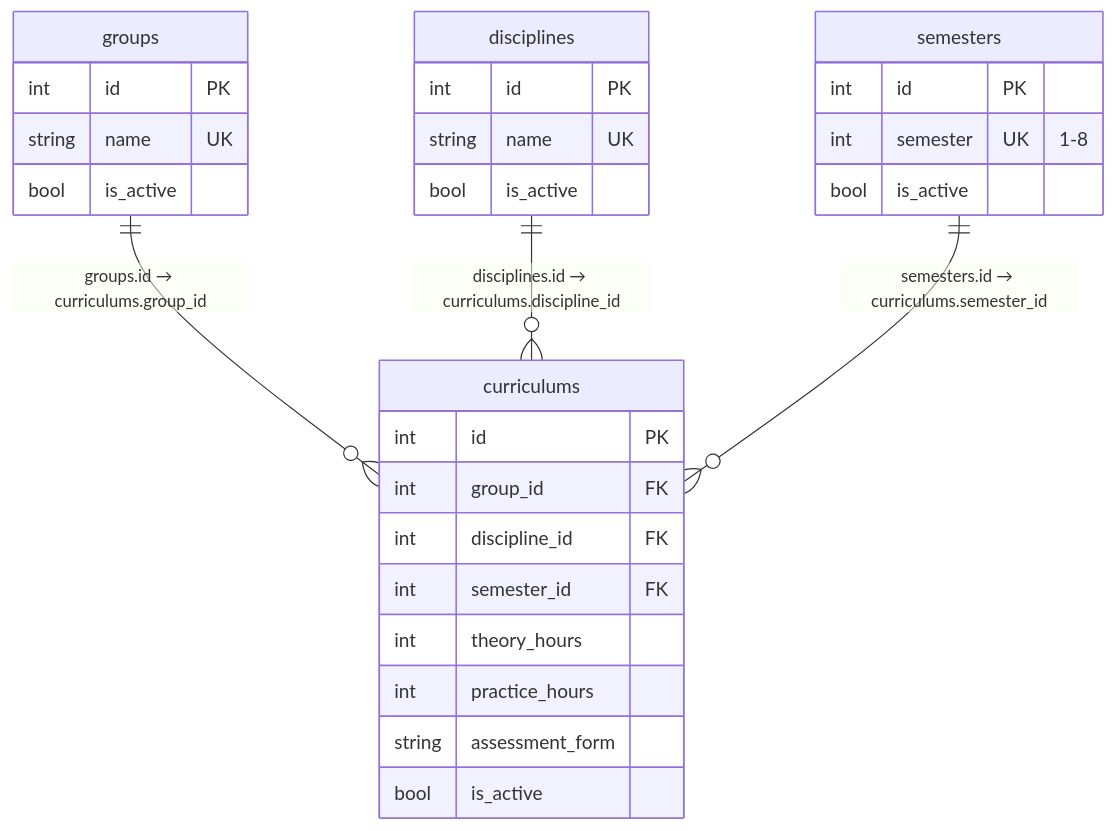
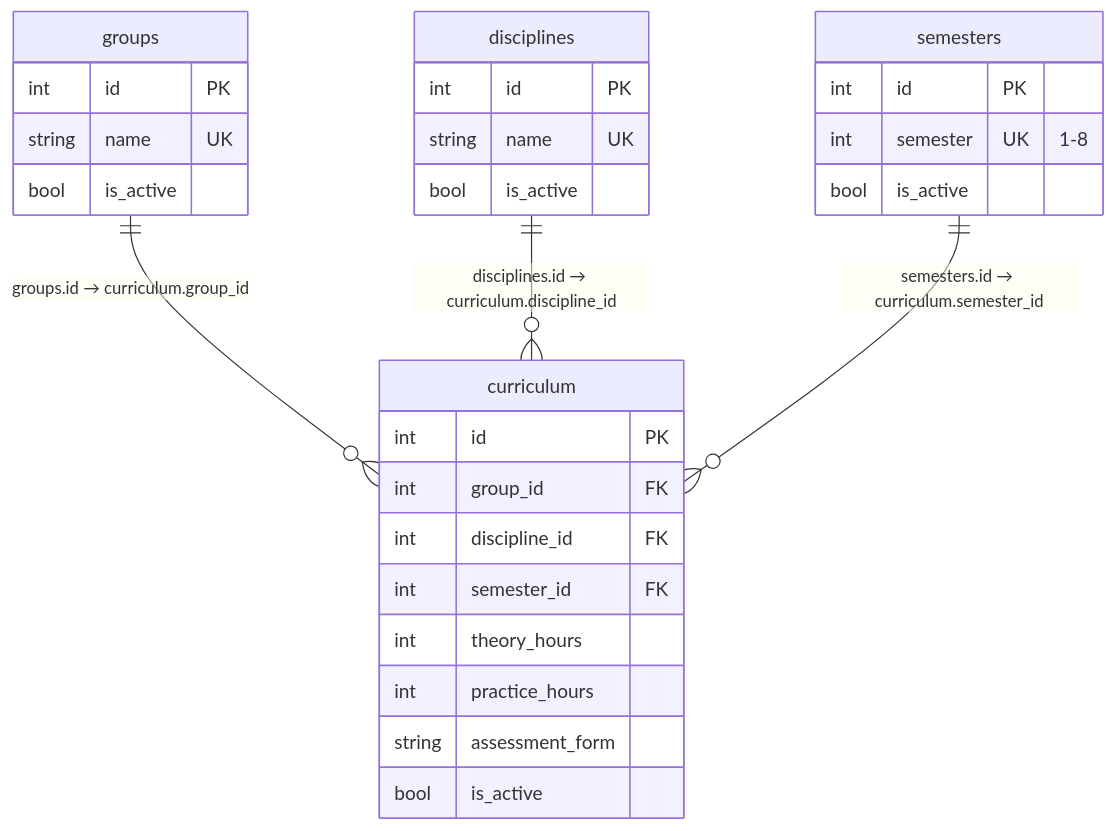
One commit to YuriSilenok/KPK_UP2_24-1P11 changed the diagram in S12/doc.md. Above: the diagram before and after it, drawn with Mermaid. The commit also changed other lines of this file, not shown here.

Commit message:
S12 —  Лапшин Иван Андреевич

````diff
--- a/S12/doc.md
+++ b/S12/doc.md
@@ -10,32 +10,32 @@
 ```mermaid
 erDiagram
     groups {
         int id PK
         string name UK
         bool is_active
     }
     disciplines {
         int id PK
         string name UK
         bool is_active
     }
     semesters {
         int id PK
         int semester UK "1-8"
         bool is_active
     }
-    curriculums {
+    curriculum {
         int id PK
         int group_id FK
         int discipline_id FK
         int semester_id FK
         int theory_hours
         int practice_hours
         string assessment_form
         bool is_active
     }
 
-    groups ||--o{ curriculums : "groups.id → curriculums.group_id"
-    disciplines ||--o{ curriculums : "disciplines.id → curriculums.discipline_id"
-    semesters ||--o{ curriculums : "semesters.id → curriculums.semester_id"
+    groups ||--o{ curriculum : "groups.id → curriculum.group_id"
+    disciplines ||--o{ curriculum : "disciplines.id → curriculum.discipline_id"
+    semesters ||--o{ curriculum : "semesters.id → curriculum.semester_id"
 ```
````
